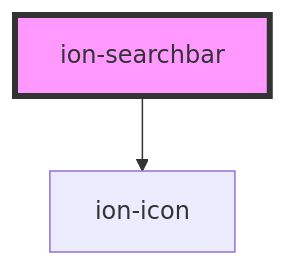
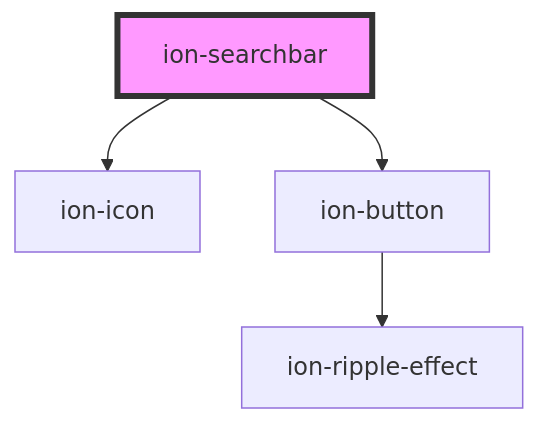
Before and after one commit to MEDGRUPOGIT/ionic-framework-1: the diagram in core/src/components/searchbar/readme.md, drawn with Mermaid. The commit also changed other lines of this file and 142 other files, not shown here.

````diff
--- a/core/src/components/searchbar/readme.md
+++ b/core/src/components/searchbar/readme.md
@@ -398,5 +399,7 @@
 ```mermaid
 graph TD;
   ion-searchbar --> ion-icon
+  ion-searchbar --> ion-button
+  ion-button --> ion-ripple-effect
   style ion-searchbar fill:#f9f,stroke:#333,stroke-width:4px
 ```
````
